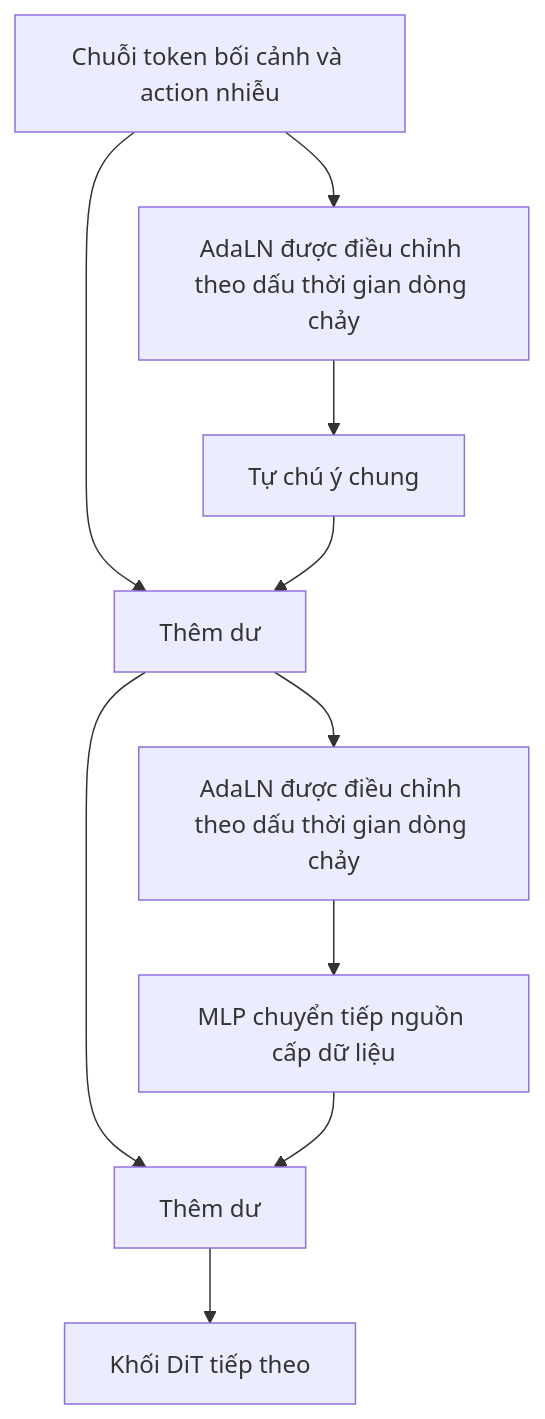
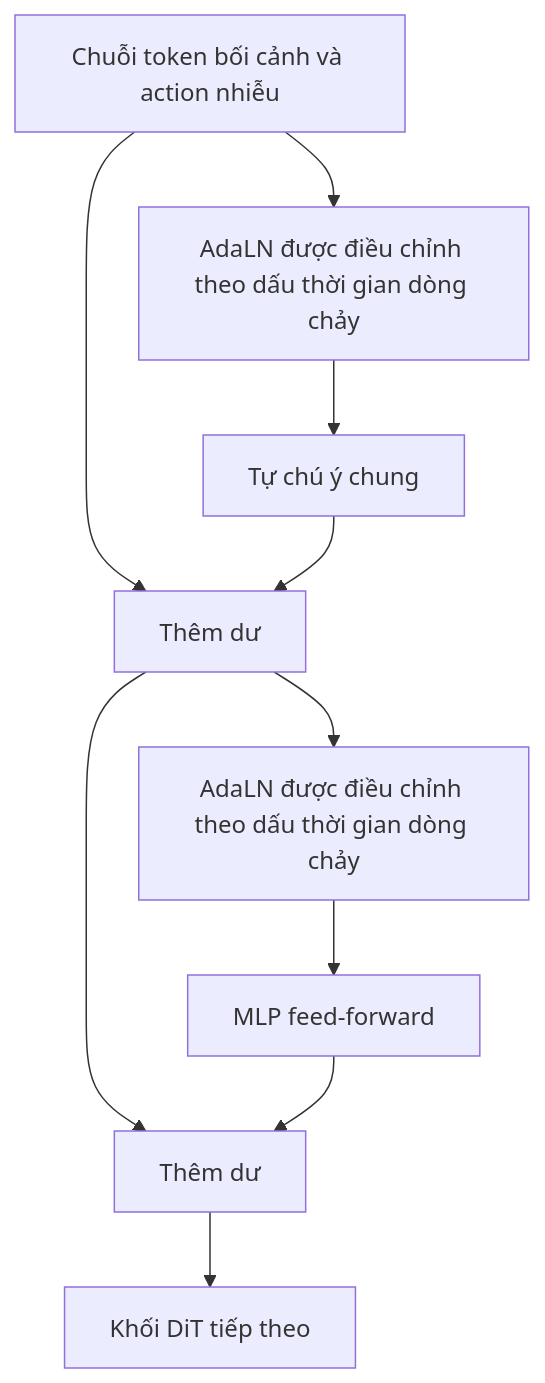
One commit to cycler04/VinRobotics-VLA changed the second of 5 diagrams in docs/research_finding/01-gwen/qwen_models/Qwen-VLA/qwen_vla_details.md. Above: the diagram before and after it, drawn with Mermaid. The commit also changed other lines of this file and 79 other files, not shown here.

````diff
--- a/docs/research_finding/01-gwen/qwen_models/Qwen-VLA/qwen_vla_details.md
+++ b/docs/research_finding/01-gwen/qwen_models/Qwen-VLA/qwen_vla_details.md
@@ -280,12 +280,12 @@
 ```mermaid
 flowchart TD
     X["Chuỗi token bối cảnh và action nhiễu"] --> N1["AdaLN được điều chỉnh theo dấu thời gian dòng chảy"]
     N1 --> SA["Tự chú ý chung"]
     X --> R1["Thêm dư"]
     SA --> R1
     R1 --> N2["AdaLN được điều chỉnh theo dấu thời gian dòng chảy"]
-    N2 --> FFN["MLP chuyển tiếp nguồn cấp dữ liệu"]
+    N2 --> FFN["MLP feed-forward"]
     R1 --> R2["Thêm dư"]
     FFN --> R2
     R2 --> Y["Khối DiT tiếp theo"]
 ```
````
